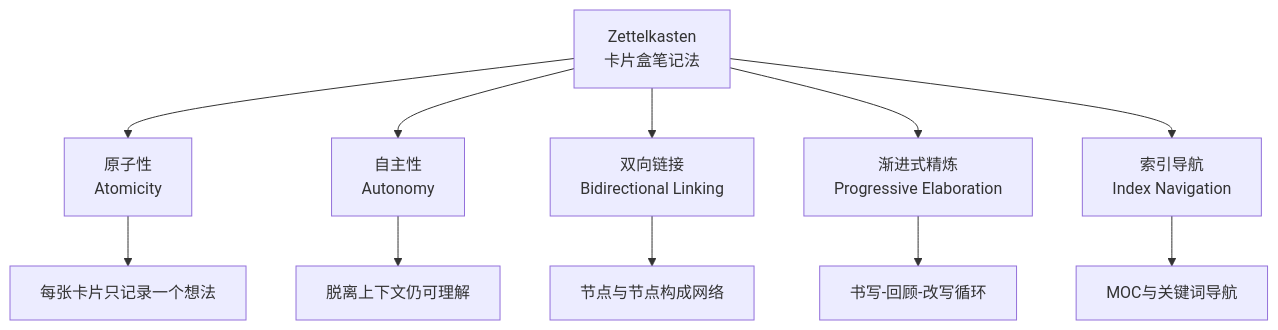
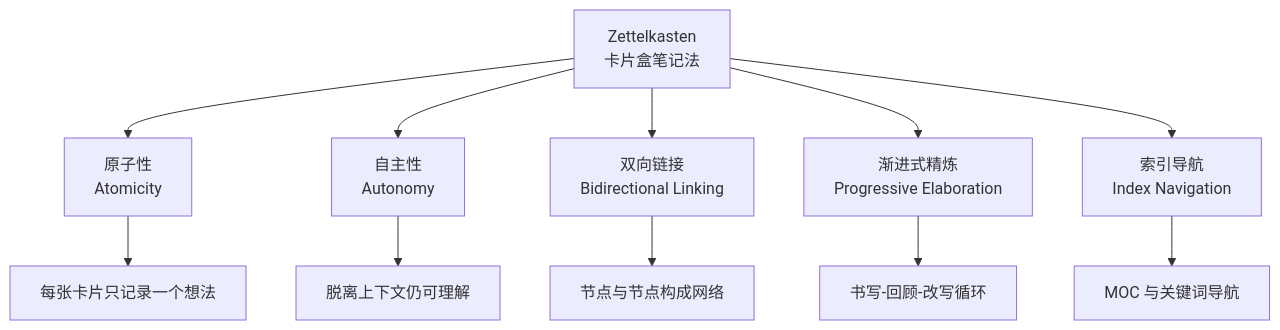
Before and after one commit to Tianshang301/TianshangKnowledgeBase: the first of 2 diagrams in 00_KnowledgeFramework/NoteTaking/Zettelkasten.md, drawn with Mermaid. The commit also changed other lines of this file and 2257 other files, not shown here.

````diff
--- a/00_KnowledgeFramework/NoteTaking/Zettelkasten.md
+++ b/00_KnowledgeFramework/NoteTaking/Zettelkasten.md
@@ -61,14 +63,14 @@
 ```mermaid
 flowchart TD
   Z[Zettelkasten<br/>卡片盒笔记法]
   Z --> A[原子性<br/>Atomicity]
   Z --> B[自主性<br/>Autonomy]
   Z --> C[双向链接<br/>Bidirectional Linking]
   Z --> D[渐进式精炼<br/>Progressive Elaboration]
   Z --> E[索引导航<br/>Index Navigation]
   A --> A1[每张卡片只记录一个想法]
   B --> B1[脱离上下文仍可理解]
   C --> C1[节点与节点构成网络]
   D --> D1[书写-回顾-改写循环]
-  E --> E1[MOC与关键词导航]
+  E --> E1[MOC 与关键词导航]
 ```
````
